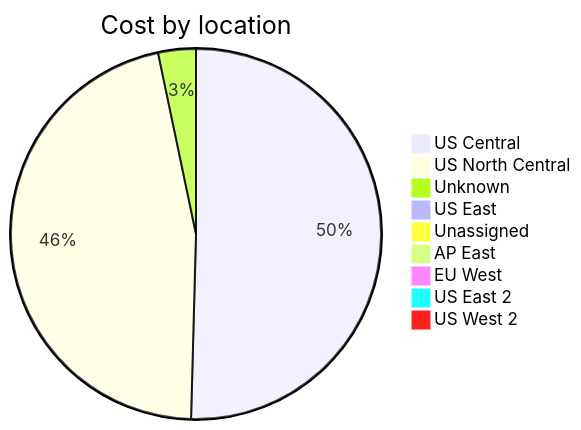
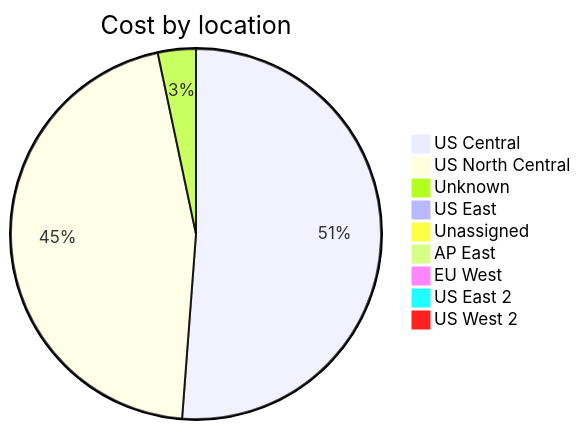
Before and after one commit to jpfulton/azure-personal-reports: the third of 4 diagrams in cost-reports/accumulated-cost.md, drawn with Mermaid. The commit also changed other lines of this file and 4 other files, not shown here.

````diff
--- a/cost-reports/accumulated-cost.md
+++ b/cost-reports/accumulated-cost.md
@@ -131,13 +131,13 @@
 ```mermaid
 pie
    title Cost by location
-   "US Central" : 17.18
+   "US Central" : 17.75
    "US North Central" : 15.77
-   "Unknown" : 1.12
-   "US East" : 0.28
+   "Unknown" : 1.15
+   "US East" : 0.29
    "Unassigned" : 0.10
    "AP East" : 0.00
    "EU West" : 0.00
    "US East 2" : 0.00
    "US West 2" : 0.00
 ```
````
